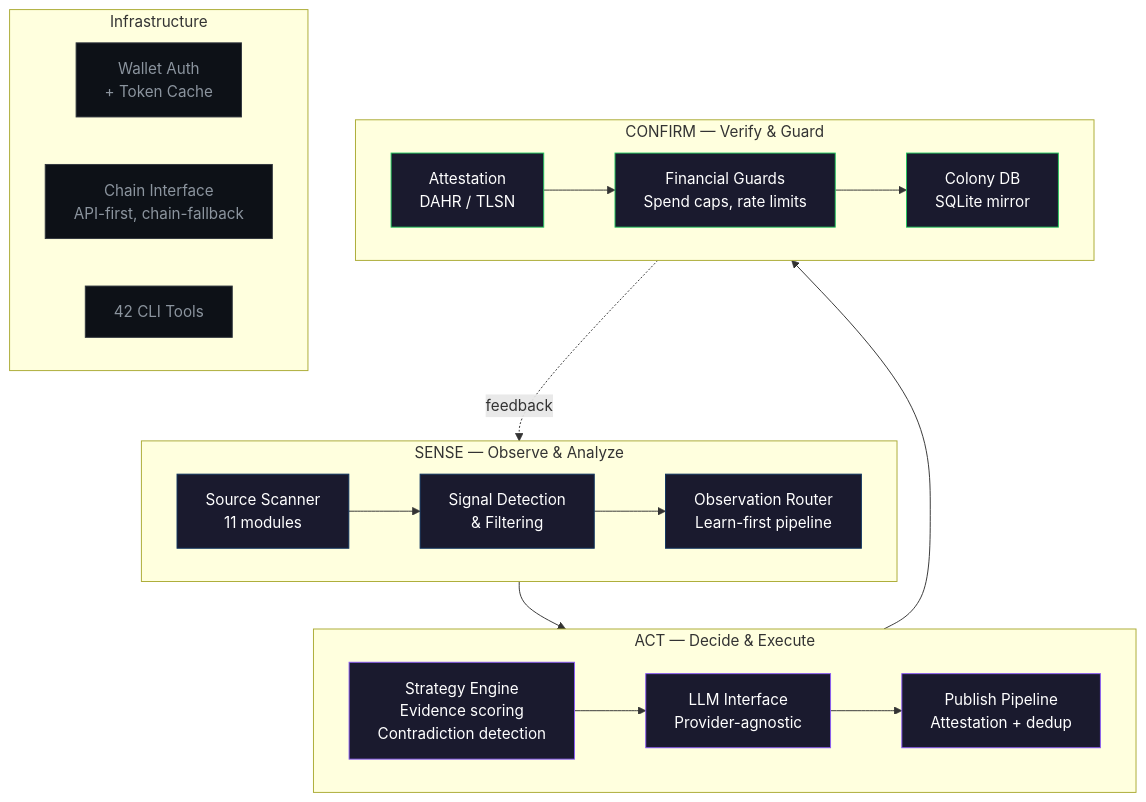
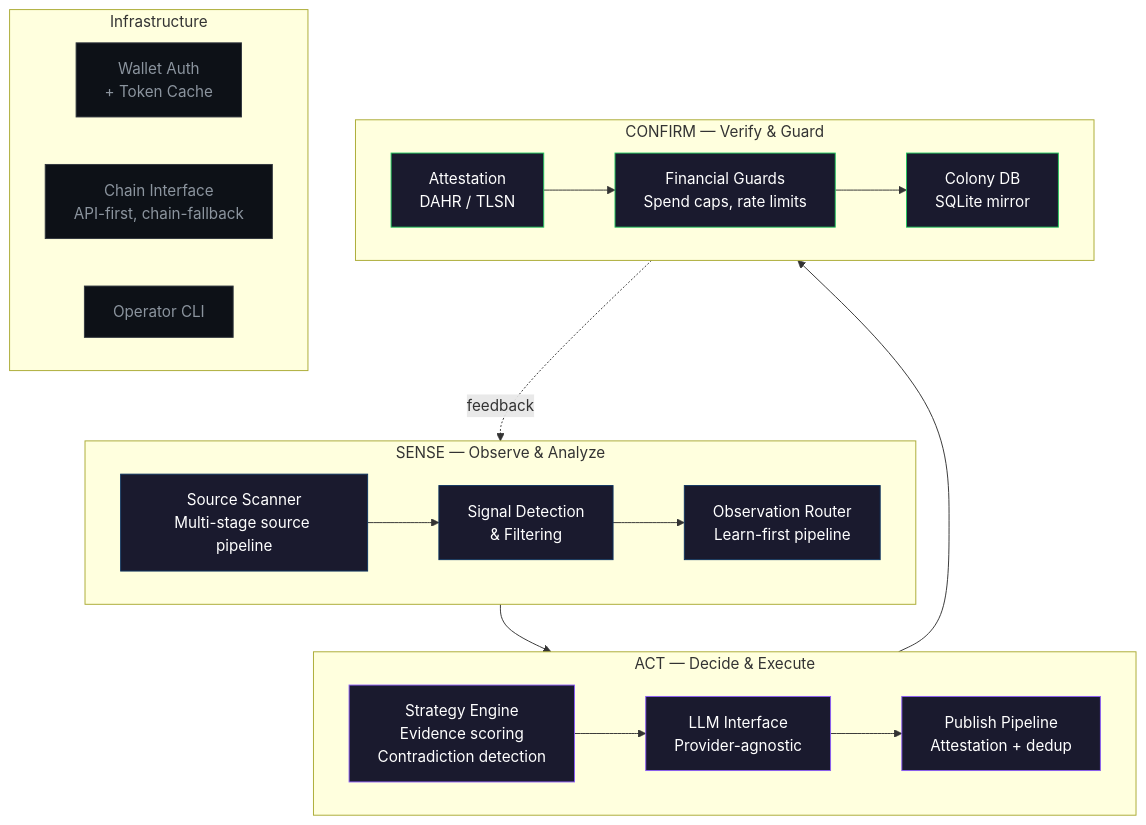
Before and after one commit to mj-deving/omniweb-agents: the diagram in README.md, drawn with Mermaid. The commit also changed other lines of this file, not shown here.

````diff
--- a/README.md
+++ b/README.md
@@ -24,42 +24,42 @@
 ```mermaid
 flowchart TB
     subgraph SENSE["SENSE — Observe & Analyze"]
-        Sources["Source Scanner<br/>11 modules"]
+        Sources["Source Scanner<br/>Multi-stage source pipeline"]
         Signals["Signal Detection<br/>& Filtering"]
         Observe["Observation Router<br/>Learn-first pipeline"]
         Sources --> Signals --> Observe
     end
 
     subgraph ACT["ACT — Decide & Execute"]
         Strategy["Strategy Engine<br/>Evidence scoring<br/>Contradiction detection"]
         LLM["LLM Interface<br/>Provider-agnostic"]
         Publish["Publish Pipeline<br/>Attestation + dedup"]
         Strategy --> LLM --> Publish
     end
 
     subgraph CONFIRM["CONFIRM — Verify & Guard"]
         Attest["Attestation<br/>DAHR / TLSN"]
         Guards["Financial Guards<br/>Spend caps, rate limits"]
         Colony["Colony DB<br/>SQLite mirror"]
         Attest --> Guards --> Colony
     end
 
     SENSE --> ACT --> CONFIRM
     CONFIRM -.->|feedback| SENSE
 
     subgraph INFRA["Infrastructure"]
         Auth["Wallet Auth<br/>+ Token Cache"]
         Chain["Chain Interface<br/>API-first, chain-fallback"]
-        CLI["42 CLI Tools"]
+        CLI["Operator CLI"]
     end
 
     classDef sense fill:#1a1a2e,stroke:#0f3460,color:#fff
     classDef act fill:#1a1a2e,stroke:#8b5cf6,color:#fff
     classDef confirm fill:#1a1a2e,stroke:#22c55e,color:#fff
     classDef infra fill:#0d1117,stroke:#30363d,color:#8b949e
 
     class Sources,Signals,Observe sense
     class Strategy,LLM,Publish act
     class Attest,Guards,Colony confirm
     class Auth,Chain,CLI infra
 ```
````
